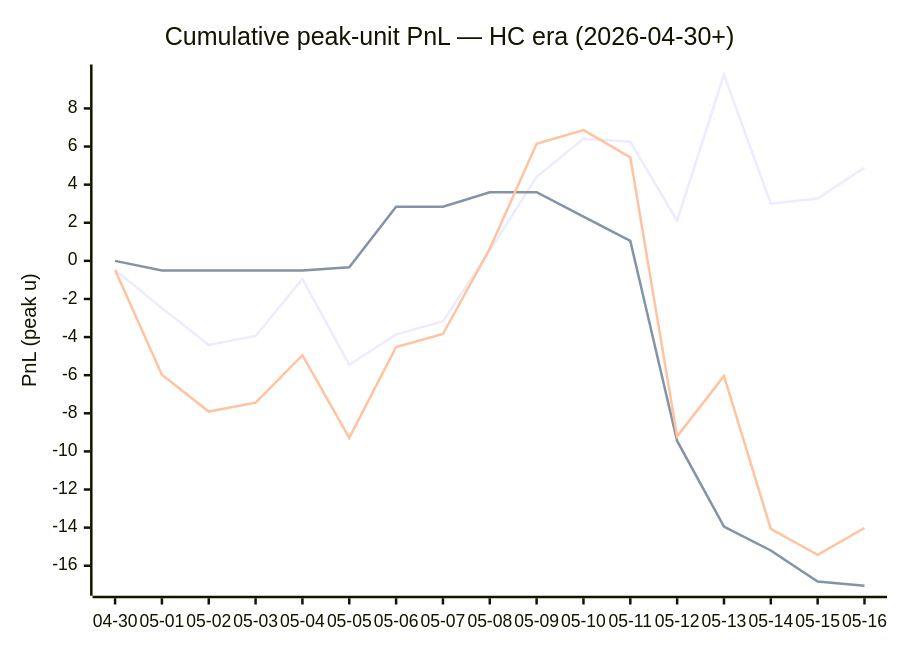
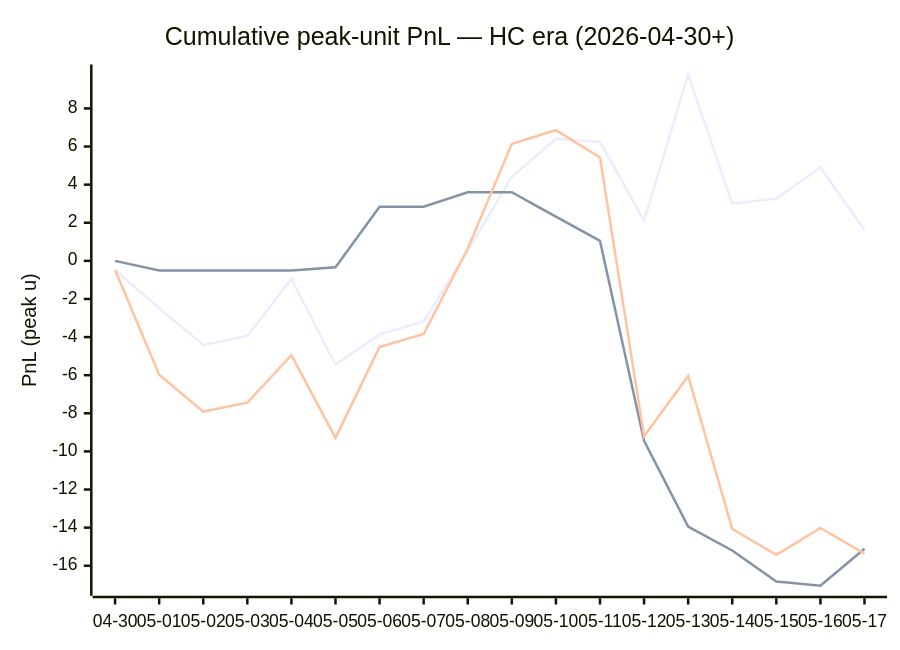
One commit to dpk1212/nhl-savant changed the diagram in DAILY_V6_REPORT.md. Above: the diagram before and after it, drawn with Mermaid. The commit also changed other lines of this file, not shown here.

````diff
--- a/DAILY_V6_REPORT.md
+++ b/DAILY_V6_REPORT.md
@@ -172,9 +177,9 @@
 ```mermaid
 xychart-beta
     title "Cumulative peak-unit PnL — HC era (2026-04-30+)"
-    x-axis ["04-30", "05-01", "05-02", "05-03", "05-04", "05-05", "05-06", "05-07", "05-08", "05-09", "05-10", "05-11", "05-12", "05-13", "05-14", "05-15", "05-16"]
+    x-axis ["04-30", "05-01", "05-02", "05-03", "05-04", "05-05", "05-06", "05-07", "05-08", "05-09", "05-10", "05-11", "05-12", "05-13", "05-14", "05-15", "05-16", "05-17"]
     y-axis "PnL (peak u)"
-    line "HC ≥ +1" [-0.48, -2.48, -4.41, -3.94, -0.95, -5.45, -3.86, -3.18, 0.54, 4.41, 6.41, 6.25, 2.11, 9.78, 3.00, 3.27, 4.90]
-    line "HC = 0"  [0.00, -0.50, -0.50, -0.50, -0.50, -0.34, 2.84, 2.84, 3.60, 3.60, 2.32, 1.05, -9.45, -13.95, -15.20, -16.83, -17.05]
-    line "All (HC era)" [-0.48, -5.98, -7.91, -7.44, -4.95, -9.29, -4.52, -3.84, 0.64, 6.14, 6.86, 5.43, -9.21, -6.04, -14.07, -15.43, -14.02]
+    line "HC ≥ +1" [-0.48, -2.48, -4.41, -3.94, -0.95, -5.45, -3.86, -3.18, 0.54, 4.41, 6.41, 6.25, 2.11, 9.78, 3.00, 3.27, 4.90, 1.62]
+    line "HC = 0"  [0.00, -0.50, -0.50, -0.50, -0.50, -0.34, 2.84, 2.84, 3.60, 3.60, 2.32, 1.05, -9.45, -13.95, -15.20, -16.83, -17.05, -15.11]
+    line "All (HC era)" [-0.48, -5.98, -7.91, -7.44, -4.95, -9.29, -4.52, -3.84, 0.64, 6.14, 6.86, 5.43, -9.21, -6.04, -14.07, -15.43, -14.02, -15.36]
 ```
````
